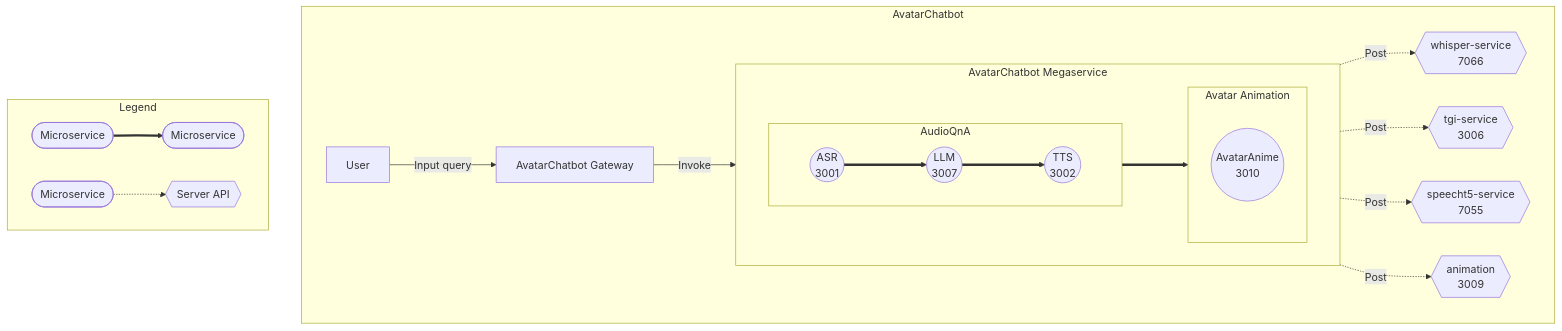
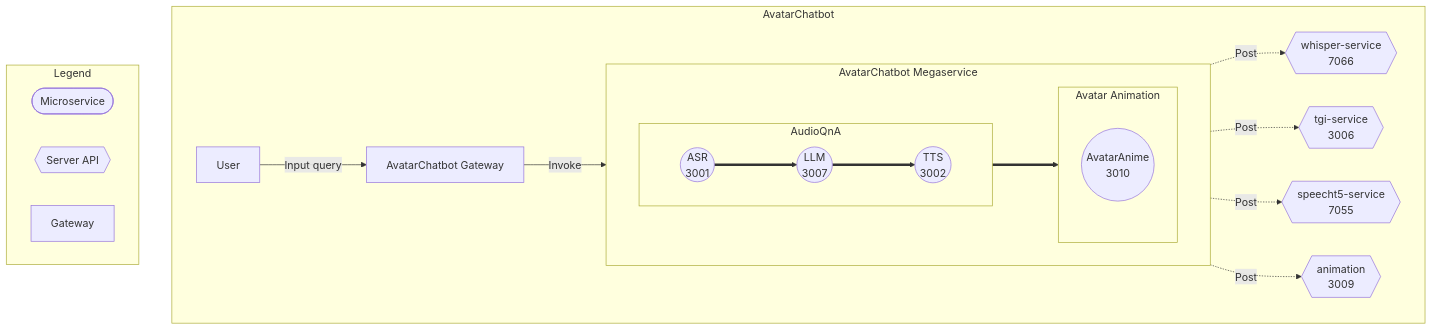
Before and after one commit to opea-project/docs: the first of 2 diagrams in community/rfcs/24-08-02-OPEA-AIAvatarChatbot.md, drawn with Mermaid. The commit also changed other lines of this file, not shown here.

Commit message:
update flowcharts

````diff
--- a/community/rfcs/24-08-02-OPEA-AIAvatarChatbot.md
+++ b/community/rfcs/24-08-02-OPEA-AIAvatarChatbot.md
@@ -65,33 +65,34 @@
 ```mermaid
 flowchart TB
     subgraph AvatarChatbot
         direction LR
         A[User] --> |Input query| B[AvatarChatbot Gateway]
         B --> |Invoke| Megaservice
         subgraph Megaservice["AvatarChatbot Megaservice"]
             direction LR
             subgraph AudioQnA["AudioQnA"]
                 direction LR
                 C((ASR<br>3001))
                 E((LLM<br>3007))
                 G((TTS<br>3002))
                 C ==> E ==> G
             end
             subgraph AvatarAnimation["Avatar Animation"]
                 direction TB
                 I((AvatarAnime<br>3010))
             end
             G ==> I
         end
         C -. Post .-> D{{whisper-service<br>7066}}
         E -. Post .-> F{{tgi-service<br>3006}}
         G -. Post .-> H{{speecht5-service<br>7055}}
         I -. Post .-> J{{animation<br>3009}}
     end
 
     subgraph Legend
         direction LR
-        L([Microservice]) ==> M([Microservice])
-        N([Microservice]) -.-> O{{Server API}}
+        L([Microservice]) 
+        M{{Server API}} 
+        N[Gateway]
     end
 ```
````
